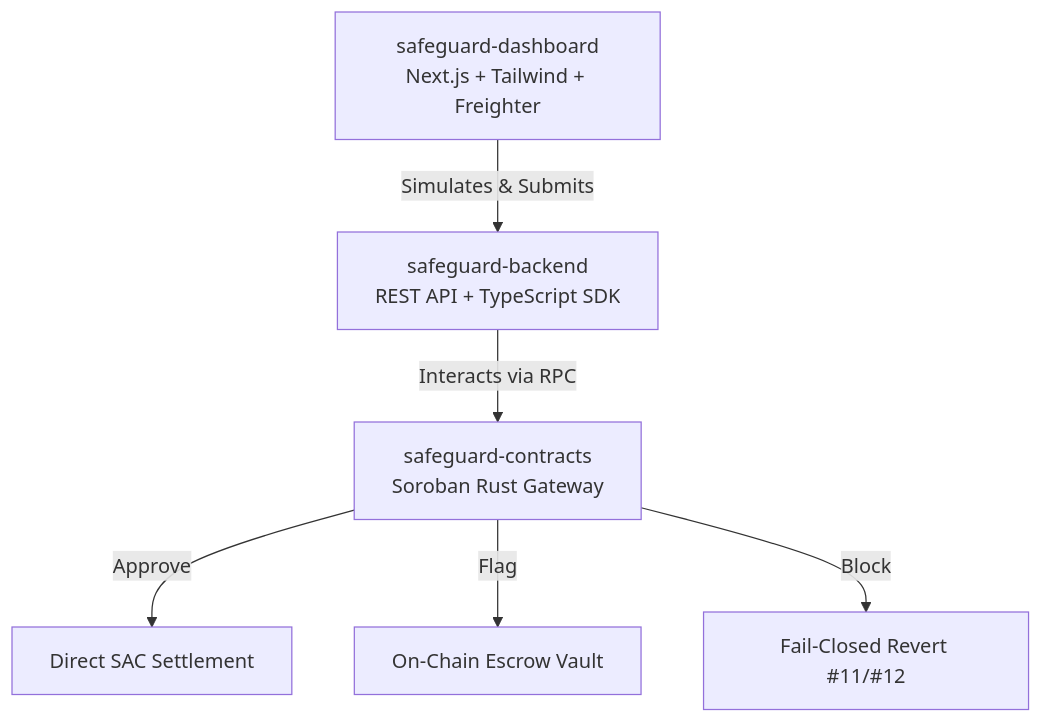
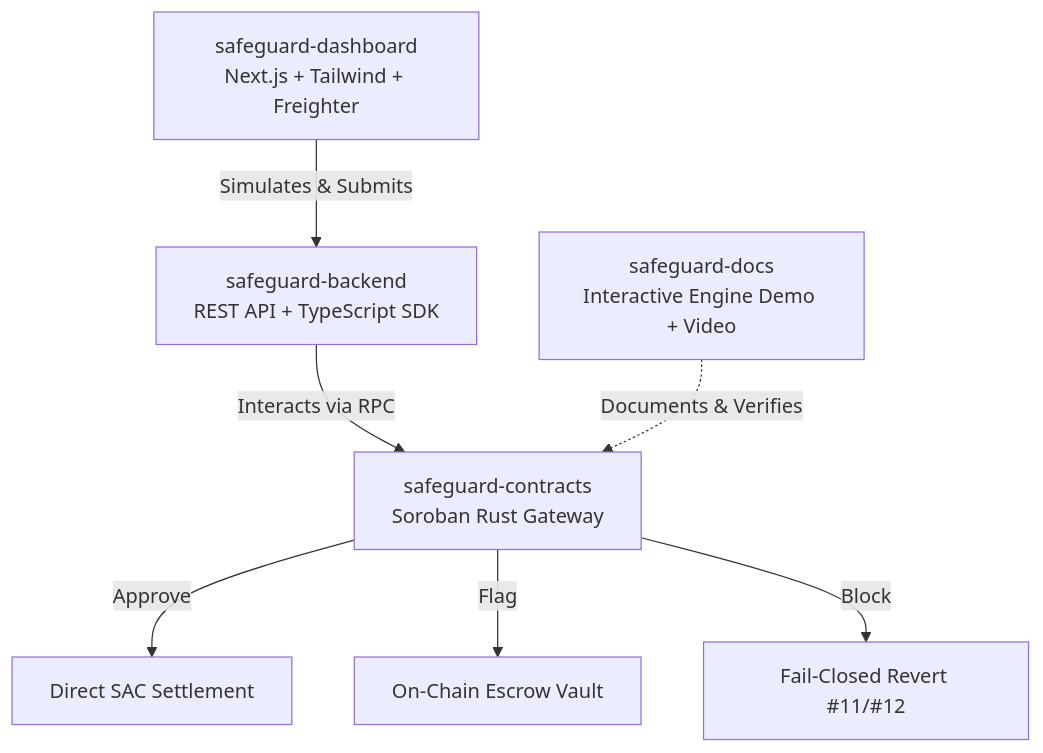
The diagram in profile/README.md (Safeguard-Inc/.github), drawn with Mermaid before and after one commit. The commit also changed other lines of this file and 1 other file, not shown here.

Commit message:
docs: showcase 4-tier architecture, pitch video, and 270 canonical error codes in profile

````diff
--- a/profile/README.md
+++ b/profile/README.md
@@ -22,8 +22,9 @@
 ```mermaid
 graph TD
     UI[safeguard-dashboard\nNext.js + Tailwind + Freighter] -->|Simulates & Submits| API[safeguard-backend\nREST API + TypeScript SDK]
     API -->|Interacts via RPC| Contract[safeguard-contracts\nSoroban Rust Gateway]
     Contract -->|Approve| Pay[Direct SAC Settlement]
     Contract -->|Flag| Escrow[On-Chain Escrow Vault]
     Contract -->|Block| Revert[Fail-Closed Revert #11/#12]
+    Docs[safeguard-docs\nInteractive Engine Demo + Video] -.->|Documents & Verifies| Contract
 ```
````
